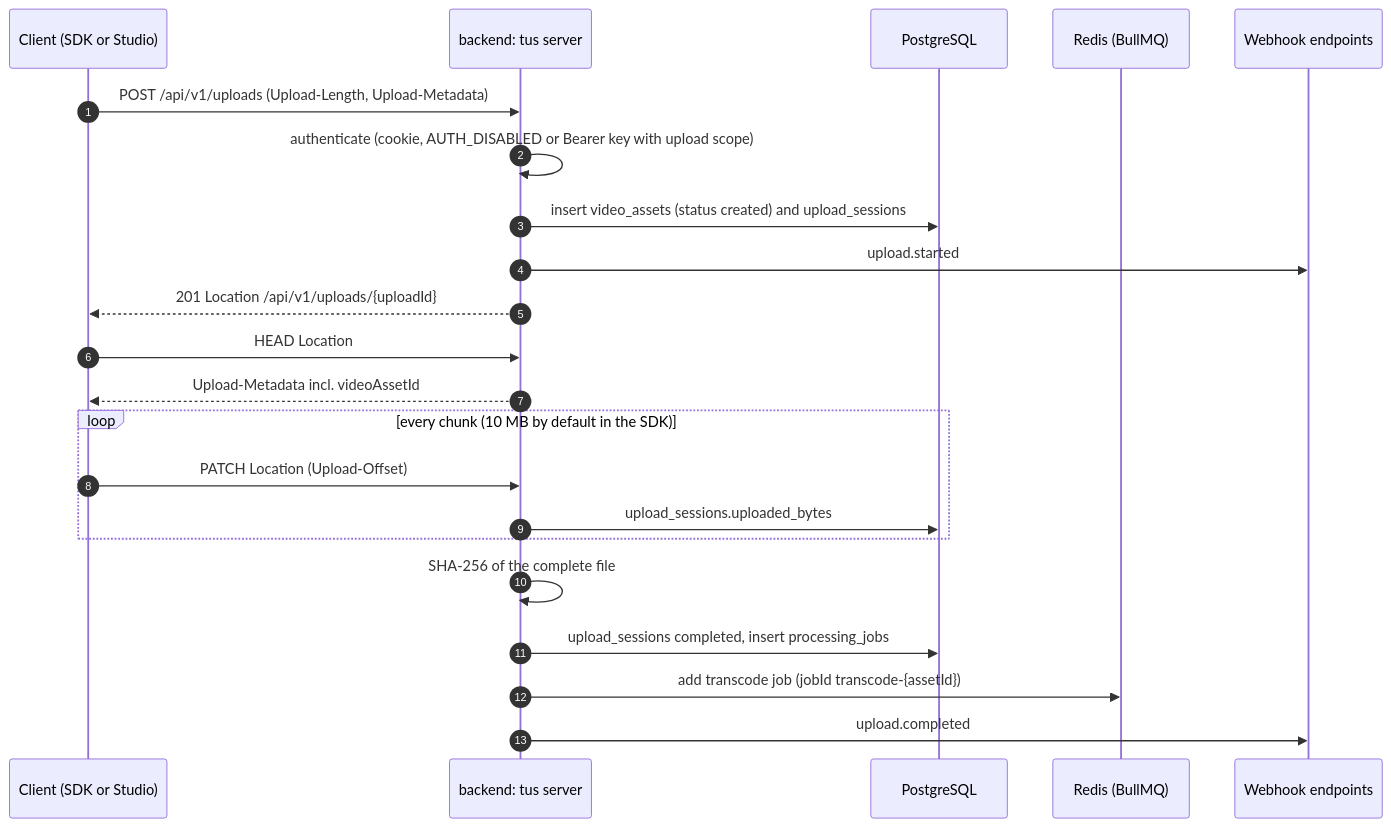
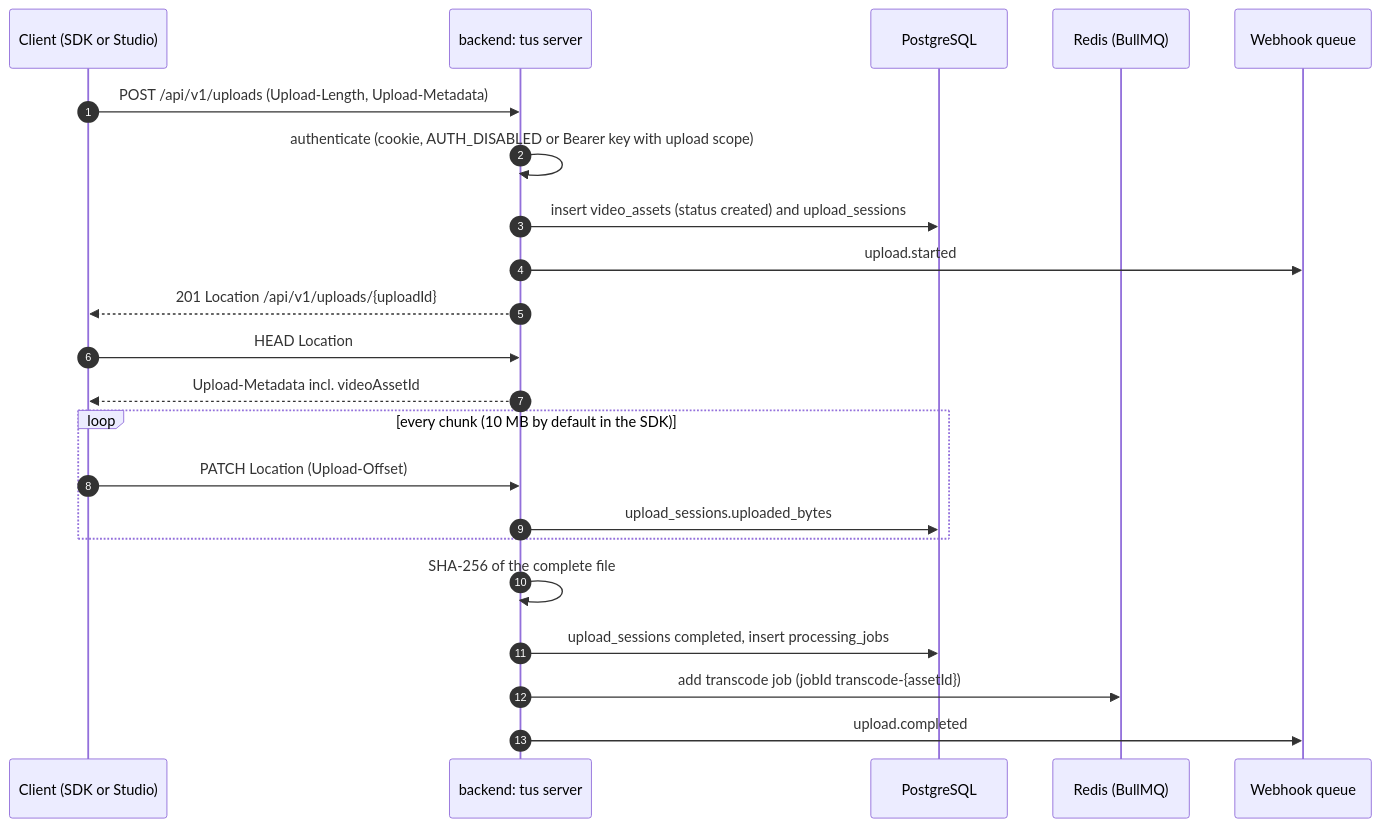
Before and after one commit to justmert/Sluby: the first of 3 diagrams in docs/architecture/upload-pipeline.md, drawn with Mermaid. The commit also changed other lines of this file and 1 other file, not shown here.

Commit message:
show webhooks as queued in the pipeline diagrams and correct the signature note

````diff
--- a/docs/architecture/upload-pipeline.md
+++ b/docs/architecture/upload-pipeline.md
@@ -7,25 +7,25 @@
 ```mermaid
 sequenceDiagram
   autonumber
   participant C as Client (SDK or Studio)
   participant T as backend: tus server
   participant DB as PostgreSQL
   participant Q as Redis (BullMQ)
-  participant W as Webhook endpoints
+  participant W as Webhook queue
 
   C->>T: POST /api/v1/uploads (Upload-Length, Upload-Metadata)
   T->>T: authenticate (cookie, AUTH_DISABLED or Bearer key with upload scope)
   T->>DB: insert video_assets (status created) and upload_sessions
   T->>W: upload.started
   T-->>C: 201 Location /api/v1/uploads/{uploadId}
   C->>T: HEAD Location
   T-->>C: Upload-Metadata incl. videoAssetId
   loop every chunk (10 MB by default in the SDK)
     C->>T: PATCH Location (Upload-Offset)
     T->>DB: upload_sessions.uploaded_bytes
   end
   T->>T: SHA-256 of the complete file
   T->>DB: upload_sessions completed, insert processing_jobs
   T->>Q: add transcode job (jobId transcode-{assetId})
   T->>W: upload.completed
 ```
````
